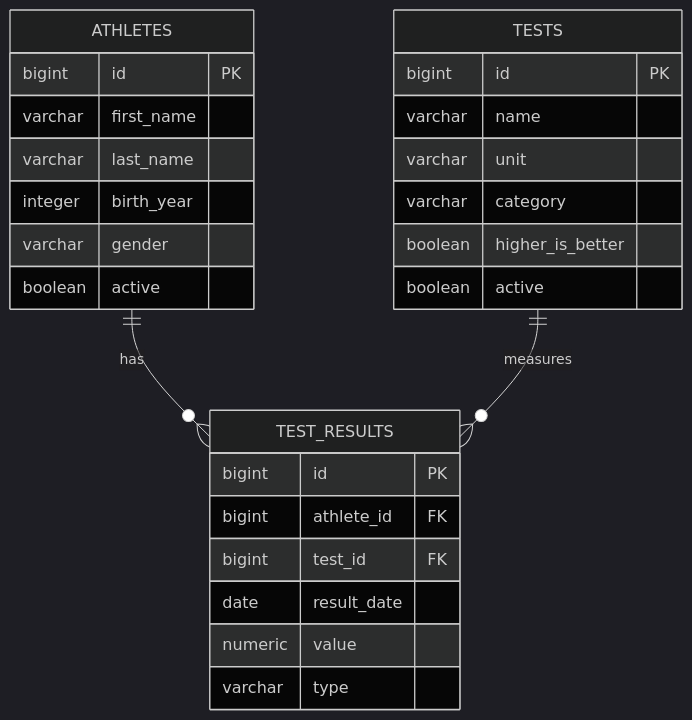
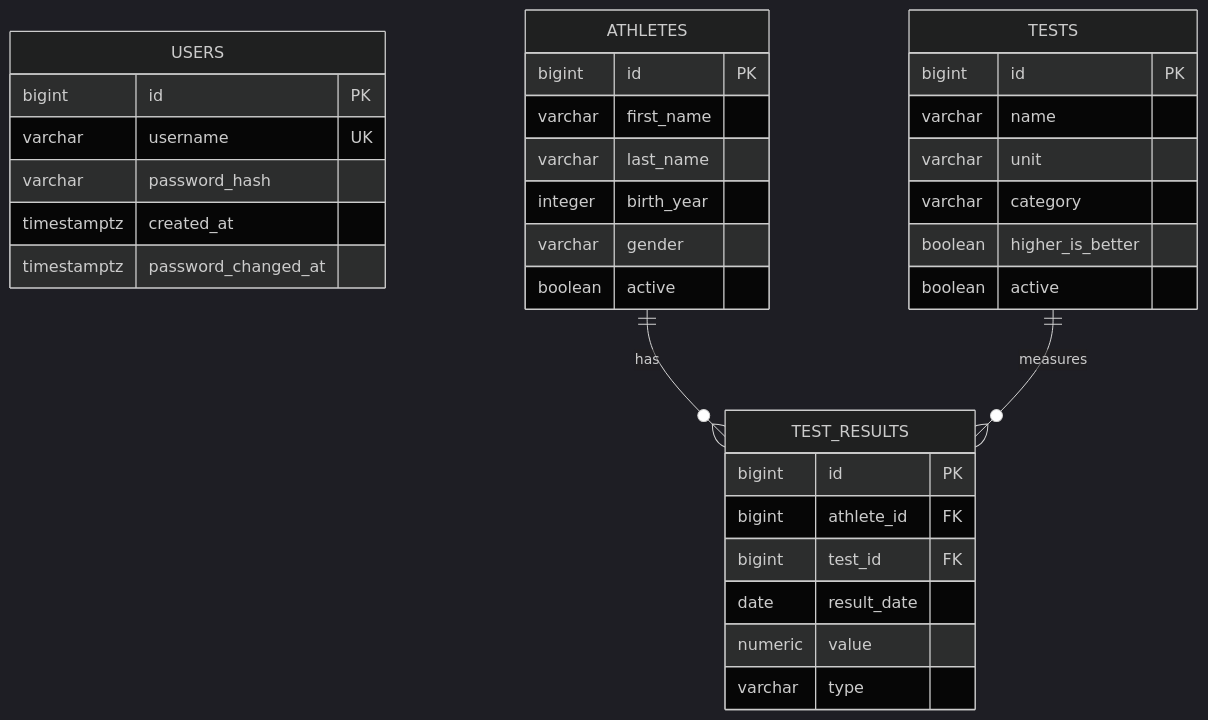
One commit to maskrz/tfhub changed the diagram in docs/backend/data-model.md. Above: the diagram before and after it, drawn with Mermaid (dark theme). The commit also changed other lines of this file and 7 other files, not shown here.

Commit message:
architecture

````diff
--- a/docs/backend/data-model.md
+++ b/docs/backend/data-model.md
@@ -21,32 +22,40 @@
 ```mermaid
 erDiagram
+    USERS {
+        bigint id PK
+        varchar username UK
+        varchar password_hash
+        timestamptz created_at
+        timestamptz password_changed_at
+    }
+
     ATHLETES ||--o{ TEST_RESULTS : has
     TESTS ||--o{ TEST_RESULTS : measures
 
     ATHLETES {
         bigint id PK
         varchar first_name
         varchar last_name
         integer birth_year
         varchar gender
         boolean active
     }
 
     TESTS {
         bigint id PK
         varchar name
         varchar unit
         varchar category
         boolean higher_is_better
         boolean active
     }
 
     TEST_RESULTS {
         bigint id PK
         bigint athlete_id FK
         bigint test_id FK
         date result_date
         numeric value
         varchar type
     }
 ```
````
